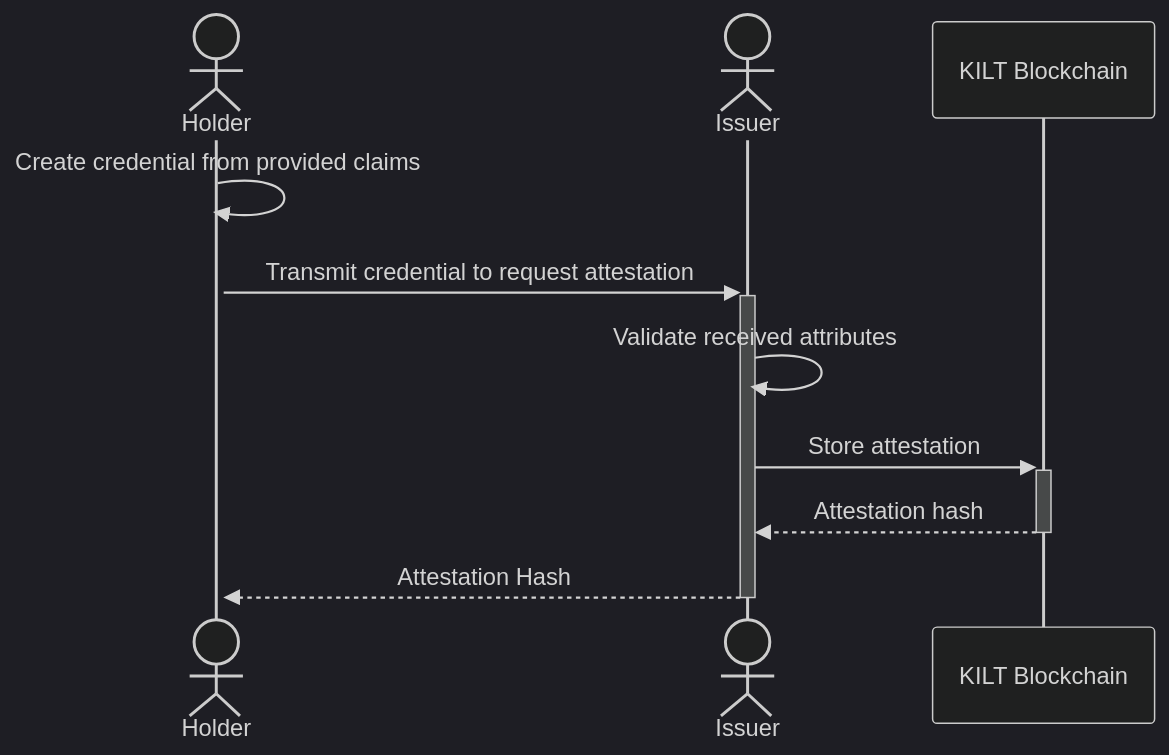
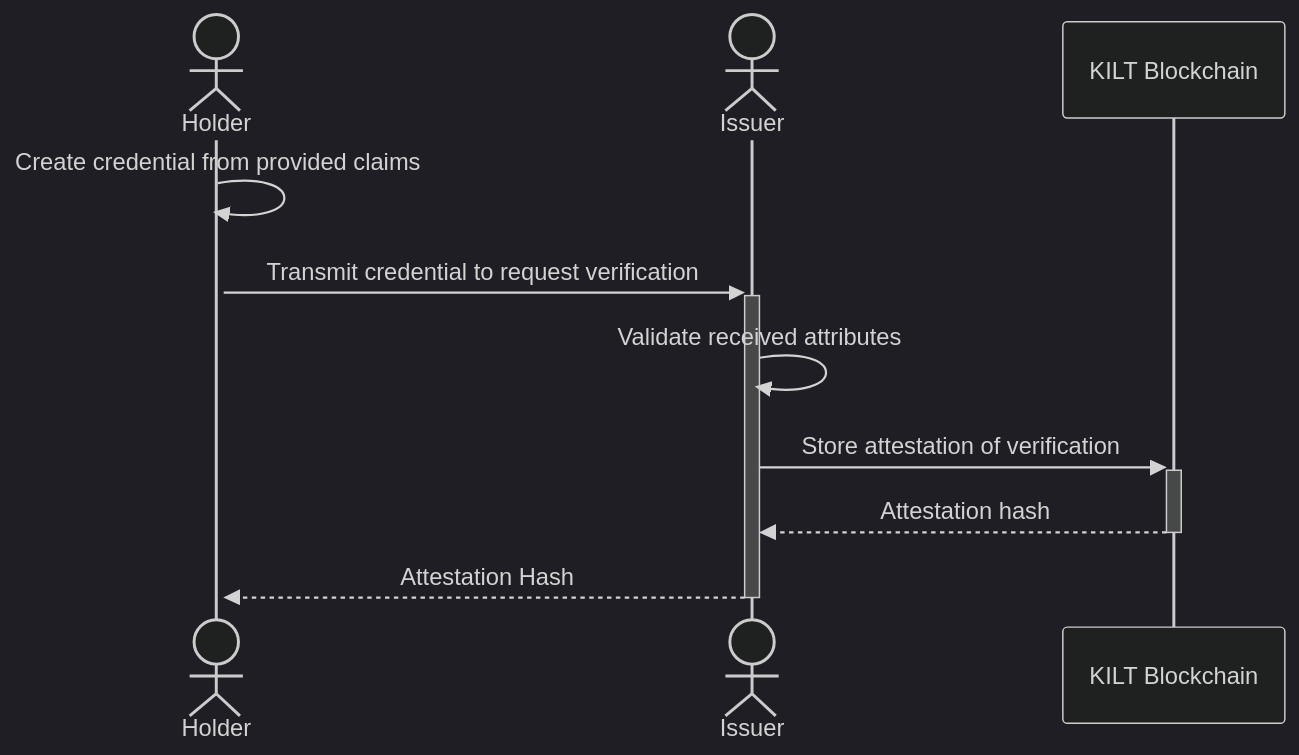
Before and after one commit to KILTprotocol/docs: the first of 2 diagrams in sdk/02_tutorial/03_overview.md, drawn with Mermaid (dark theme). The commit also changed other lines of this file and 23 other files, not shown here.

````diff
--- a/sdk/02_tutorial/03_overview.md
+++ b/sdk/02_tutorial/03_overview.md
@@ -30,12 +32,12 @@
 ```mermaid
 sequenceDiagram
 actor C as Holder
 actor A as Issuer
 participant B as KILT Blockchain
     C->>+C: Create credential from provided claims
-    C->>+A: Transmit credential to request attestation
+    C->>+A: Transmit credential to request verification
     A->>A: Validate received attributes
-    A->>+B: Store attestation
+    A->>+B: Store attestation of verification
     B-->>-A: Attestation hash
     A-->>-C: Attestation Hash
 ```
````
